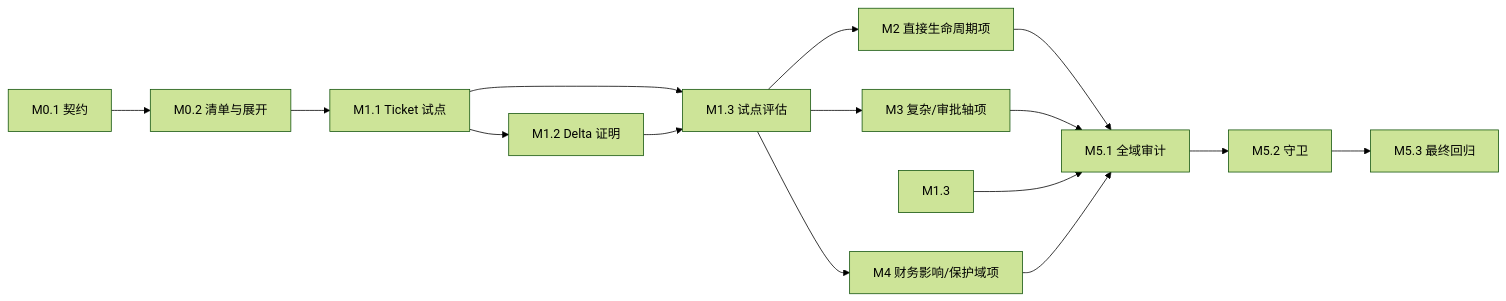
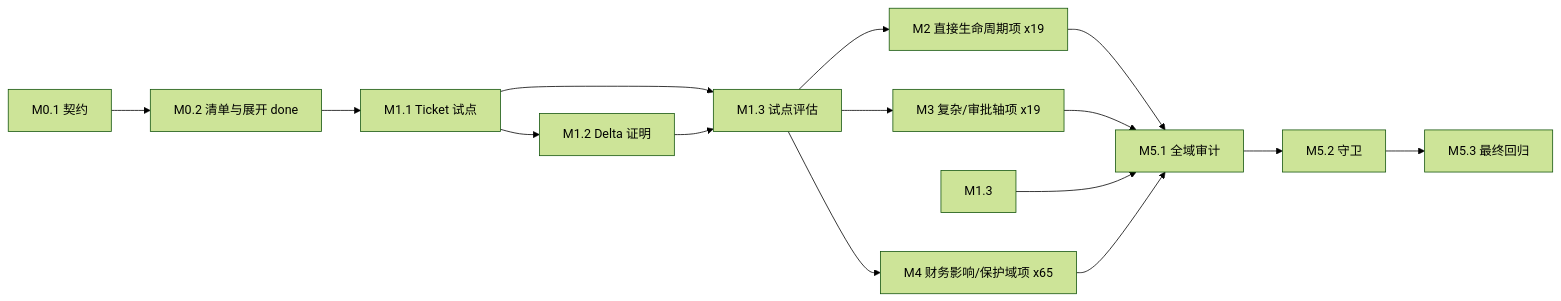
Before and after one commit to entropy-cloud/nop-app-erp: the diagram in docs/backlog/entity-state-machine-migration-roadmap.md, drawn with Mermaid (forest theme). The commit also changed other lines of this file and 4 other files, not shown here.

````diff
--- a/docs/backlog/entity-state-machine-migration-roadmap.md
+++ b/docs/backlog/entity-state-machine-migration-roadmap.md
@@ -130,17 +227,17 @@
 ```mermaid
 flowchart LR
-    M01[M0.1 契约] --> M02[M0.2 清单与展开]
+    M01[M0.1 契约] --> M02[M0.2 清单与展开 done]
     M02 --> M11[M1.1 Ticket 试点]
     M11 --> M12[M1.2 Delta 证明]
     M11 --> M13[M1.3 试点评估]
     M12 --> M13
-    M13 --> M2[M2 直接生命周期项]
-    M13 --> M3[M3 复杂/审批轴项]
-    M13 --> M4[M4 财务影响/保护域项]
+    M13 --> M2["M2 直接生命周期项 x19"]
+    M13 --> M3["M3 复杂/审批轴项 x19"]
+    M13 --> M4["M4 财务影响/保护域项 x65"]
     M2 --> M51[M5.1 全域审计]
     M3 --> M51
     M1.3 --> M51
     M4 --> M51
     M51 --> M52[M5.2 守卫]
     M52 --> M53[M5.3 最终回归]
 ```
````
